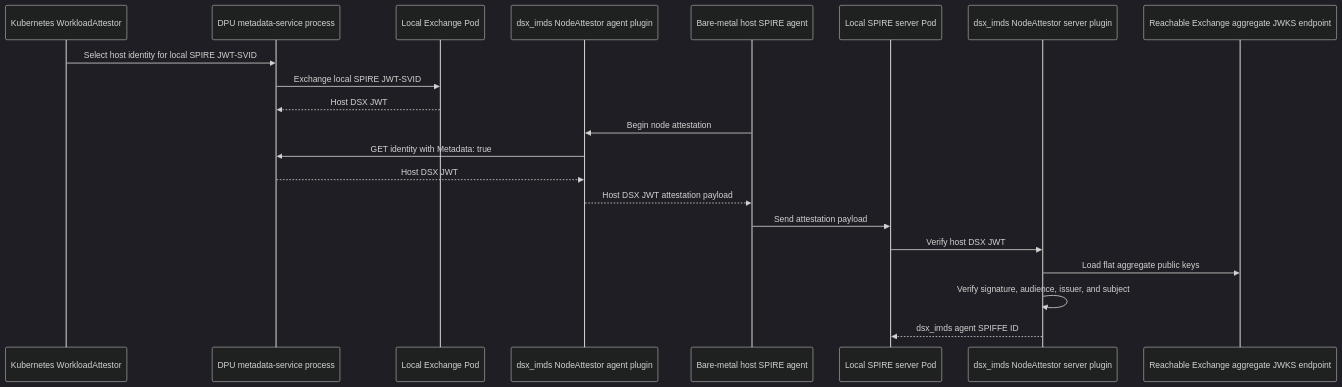
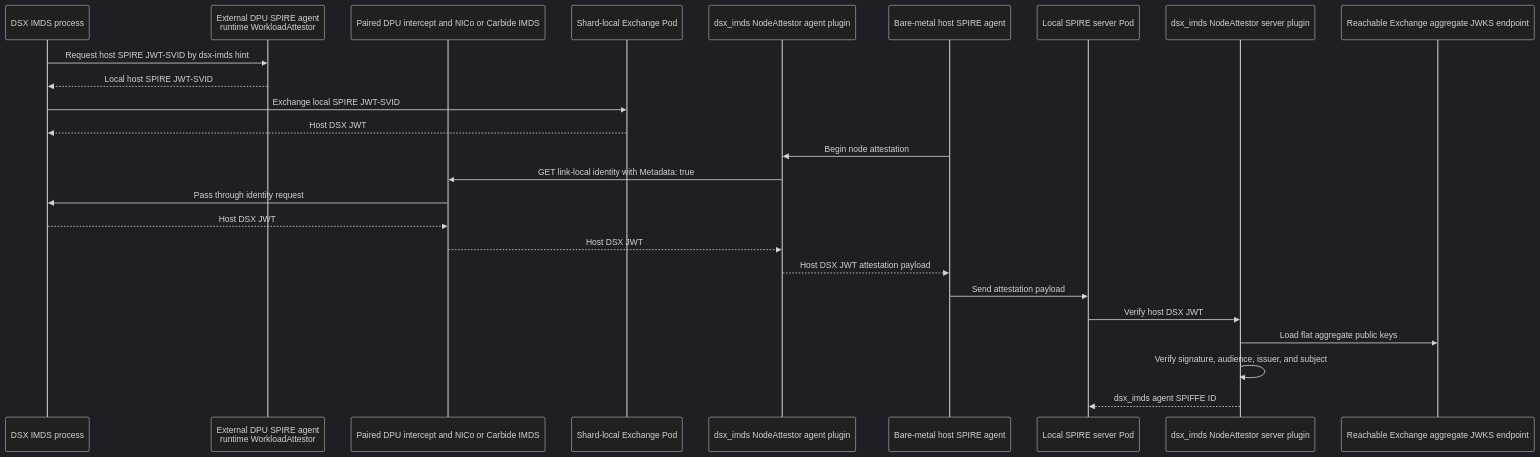
One commit to dsx-ai-factory/nvidia-workload-identity changed the diagram in cmd/dsx-imds-node-attestor-server/README.md. Above: the diagram before and after it, drawn with Mermaid (dark theme). The commit also changed other lines of this file and 93 other files, not shown here.

````diff
--- a/cmd/dsx-imds-node-attestor-server/README.md
+++ b/cmd/dsx-imds-node-attestor-server/README.md
@@ -7,23 +7,27 @@
 ```mermaid
 sequenceDiagram
-    participant WA as Kubernetes WorkloadAttestor
-    participant MS as DPU metadata-service process
-    participant EX as Local Exchange Pod
+    participant DI as DSX IMDS process
+    participant DA as External DPU SPIRE agent<br/>runtime WorkloadAttestor
+    participant NI as Paired DPU intercept and NICo or Carbide IMDS
+    participant EX as Shard-local Exchange Pod
     participant AP as dsx_imds NodeAttestor agent plugin
     participant HA as Bare-metal host SPIRE agent
     participant SS as Local SPIRE server Pod
     participant SP as dsx_imds NodeAttestor server plugin
     participant JWKS as Reachable Exchange aggregate JWKS endpoint
-    WA->>MS: Select host identity for local SPIRE JWT-SVID
-    MS->>EX: Exchange local SPIRE JWT-SVID
-    EX-->>MS: Host DSX JWT
+    DI->>DA: Request host SPIRE JWT-SVID by dsx-imds hint
+    DA-->>DI: Local host SPIRE JWT-SVID
+    DI->>EX: Exchange local SPIRE JWT-SVID
+    EX-->>DI: Host DSX JWT
     HA->>AP: Begin node attestation
-    AP->>MS: GET identity with Metadata: true
-    MS-->>AP: Host DSX JWT
+    AP->>NI: GET link-local identity with Metadata: true
+    NI->>DI: Pass through identity request
+    DI-->>NI: Host DSX JWT
+    NI-->>AP: Host DSX JWT
     AP-->>HA: Host DSX JWT attestation payload
     HA->>SS: Send attestation payload
     SS->>SP: Verify host DSX JWT
     SP->>JWKS: Load flat aggregate public keys
     SP->>SP: Verify signature, audience, issuer, and subject
     SP-->>SS: dsx_imds agent SPIFFE ID
 ```
````
